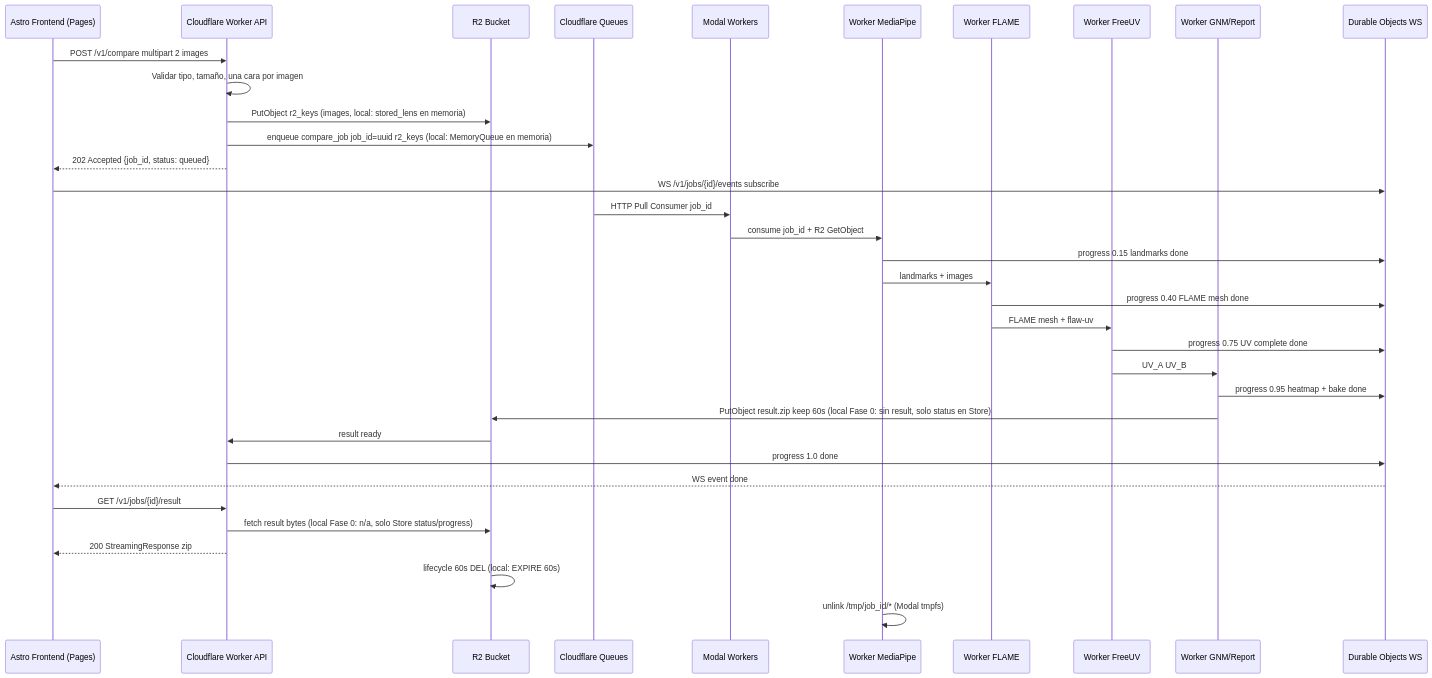
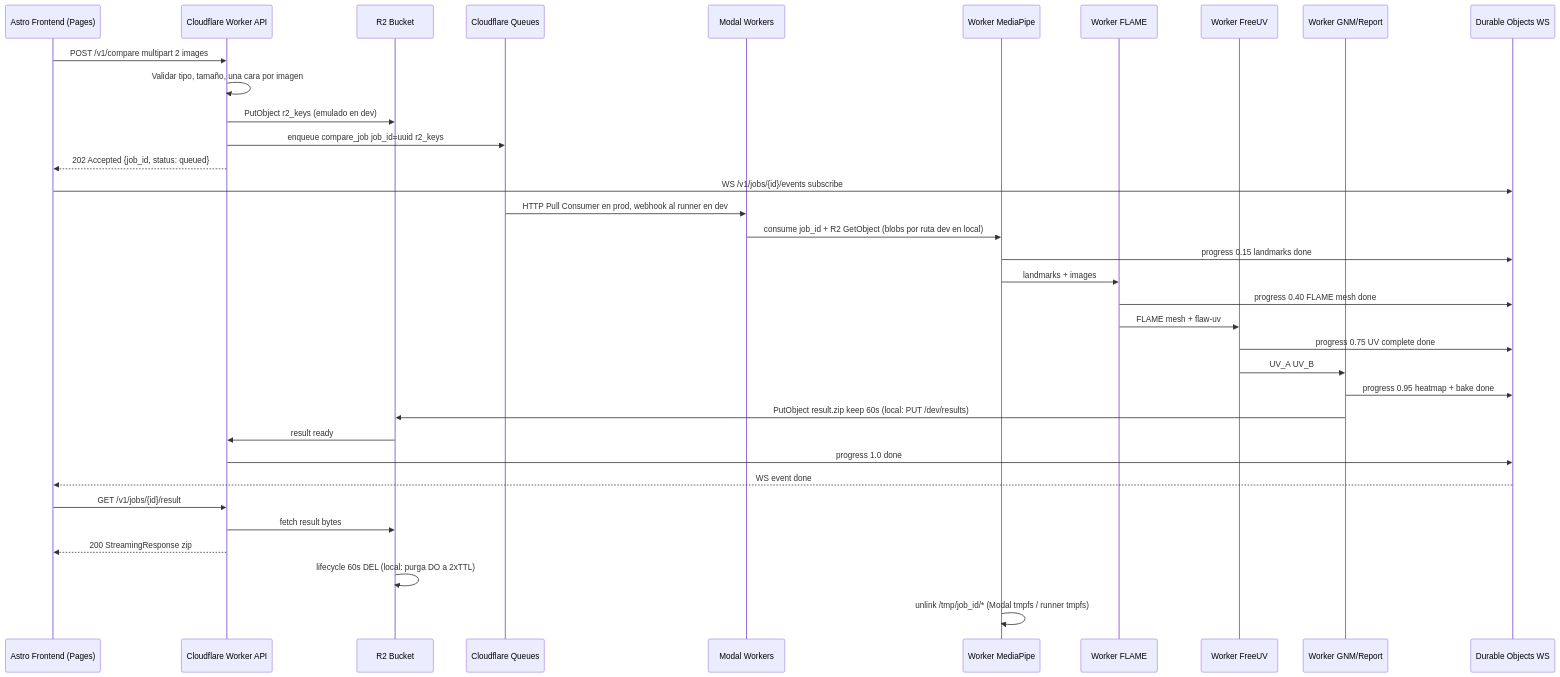
Before and after one commit to dinoesau/vultus: the fourth of 4 diagrams in PIPELINE.md, drawn with Mermaid. The commit also changed other lines of this file and 4 other files, not shown here.

````diff
--- a/PIPELINE.md
+++ b/PIPELINE.md
@@ -108,38 +108,38 @@
 ```mermaid
 sequenceDiagram
     participant FE as Astro Frontend (Pages)
     participant CF as Cloudflare Worker API
     participant R2 as R2 Bucket
     participant Q as Cloudflare Queues
     participant MO as Modal Workers
     participant W1 as Worker MediaPipe
     participant W2 as Worker FLAME
     participant W3 as Worker FreeUV
     participant W4 as Worker GNM/Report
     participant DO as Durable Objects WS
 
     FE->>CF: POST /v1/compare multipart 2 images
     CF->>CF: Validar tipo, tamaño, una cara por imagen
-    CF->>R2: PutObject r2_keys (images, local: stored_lens en memoria)
-    CF->>Q: enqueue compare_job job_id=uuid r2_keys (local: MemoryQueue en memoria)
+    CF->>R2: PutObject r2_keys (emulado en dev)
+    CF->>Q: enqueue compare_job job_id=uuid r2_keys
     CF-->>FE: 202 Accepted {job_id, status: queued}
     FE->>DO: WS /v1/jobs/{id}/events subscribe
-    Q->>MO: HTTP Pull Consumer job_id
-    MO->>W1: consume job_id + R2 GetObject
+    Q->>MO: HTTP Pull Consumer en prod, webhook al runner en dev
+    MO->>W1: consume job_id + R2 GetObject (blobs por ruta dev en local)
     W1->>DO: progress 0.15 landmarks done
     W1->>W2: landmarks + images
     W2->>DO: progress 0.40 FLAME mesh done
     W2->>W3: FLAME mesh + flaw-uv
     W3->>DO: progress 0.75 UV complete done
     W3->>W4: UV_A UV_B
     W4->>DO: progress 0.95 heatmap + bake done
-    W4->>R2: PutObject result.zip keep 60s (local Fase 0: sin result, solo status en Store)
+    W4->>R2: PutObject result.zip keep 60s (local: PUT /dev/results)
     R2->>CF: result ready
     CF->>DO: progress 1.0 done
     DO-->>FE: WS event done
     FE->>CF: GET /v1/jobs/{id}/result
-    CF->>R2: fetch result bytes (local Fase 0: n/a, solo Store status/progress)
+    CF->>R2: fetch result bytes
     CF-->>FE: 200 StreamingResponse zip
-    R2->>R2: lifecycle 60s DEL (local: EXPIRE 60s)
-    W1->>W1: unlink /tmp/job_id/* (Modal tmpfs)
+    R2->>R2: lifecycle 60s DEL (local: purga DO a 2xTTL)
+    W1->>W1: unlink /tmp/job_id/* (Modal tmpfs / runner tmpfs)
 ```
````
